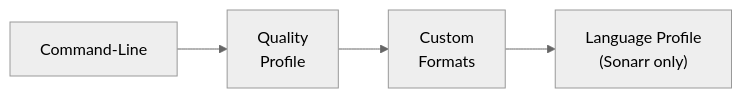
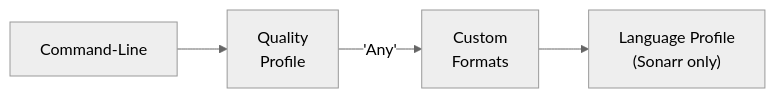
One commit to TheCaptain989/radarr-striptracks changed the diagram in README.md. Above: the diagram before and after it, drawn with Mermaid (neutral theme). The commit also changed other lines of this file and 4 other files, not shown here.

````diff
--- a/README.md
+++ b/README.md
@@ -161,11 +125,13 @@
 ```mermaid
 graph LR
   A[Command-Line]
   B["Quality
-  Profile"]
+  Profile"] 
   C["Custom
   Formats"]
   D["Language Profile
   (Sonarr only)"]
-  A-->B-->C-->D
+  A-->B
+  B-- 'Any' -->C
+  C-->D
 ```
````
